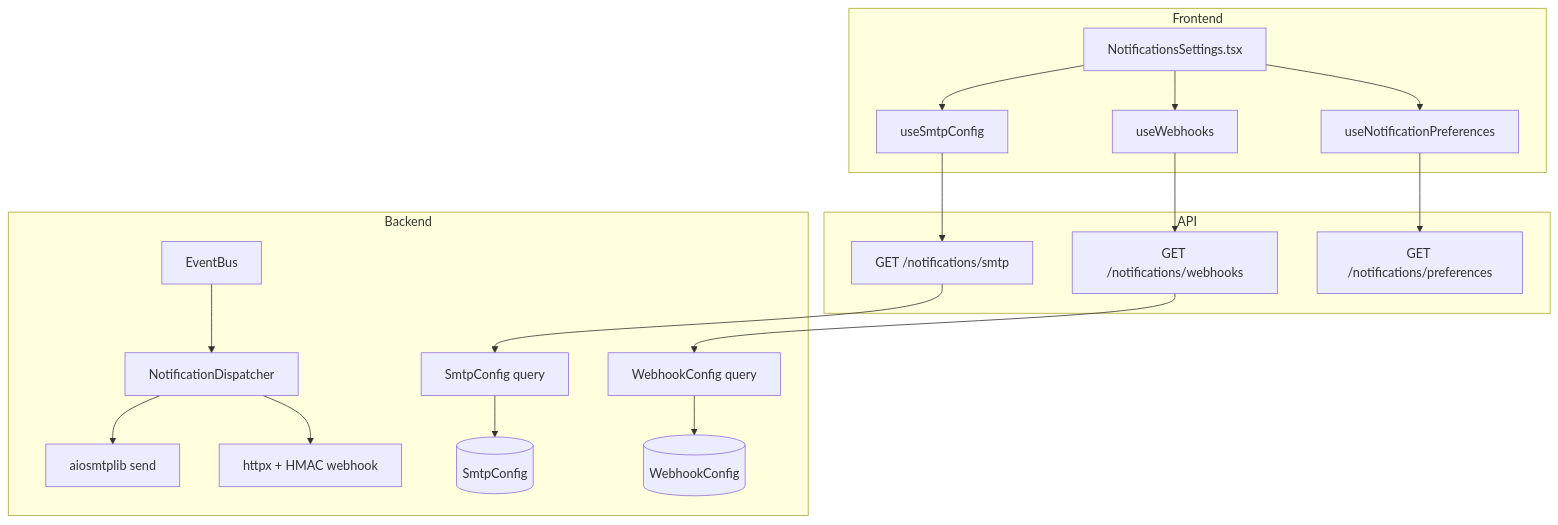
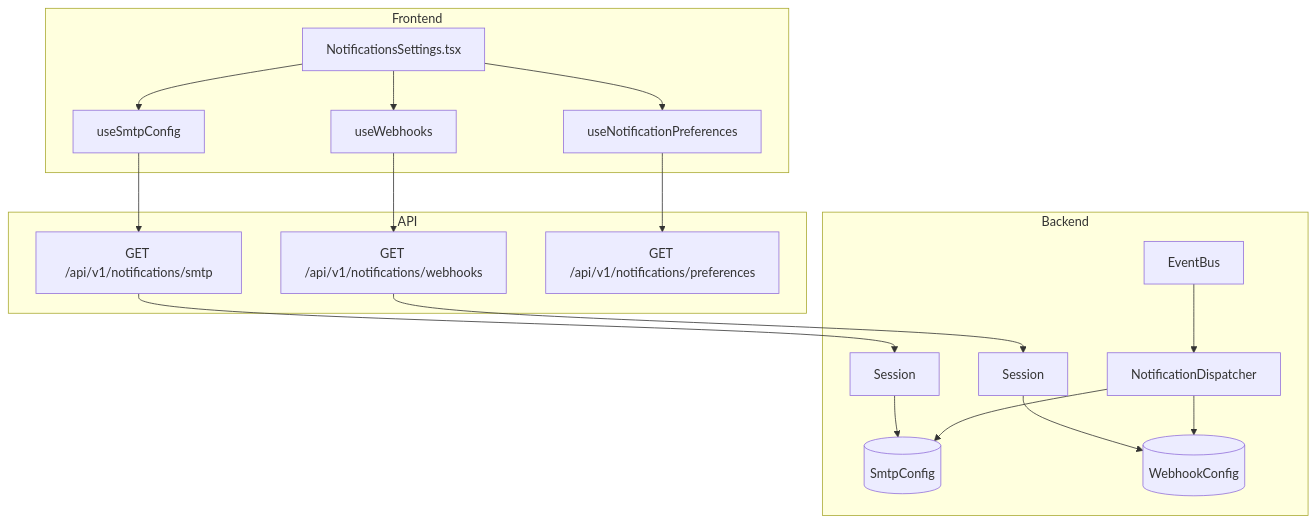
The first of 2 diagrams in .knowledge/features/notifications.md (saturnis-io/cassini), drawn with Mermaid before and after one commit. The commit also changed other lines of this file and 15 other files, not shown here.

Commit message:
knowledge-graph: regenerate

````diff
--- a/.knowledge/features/notifications.md
+++ b/.knowledge/features/notifications.md
@@ -5,22 +5,22 @@
 ```mermaid
 flowchart TD
     subgraph Frontend
         C1[NotificationsSettings.tsx] --> H1[useSmtpConfig]
         C1 --> H2[useWebhooks]
         C1 --> H3[useNotificationPreferences]
     end
     subgraph API
-        H1 --> E1["GET /notifications/smtp"]
-        H2 --> E2["GET /notifications/webhooks"]
-        H3 --> E3["GET /notifications/preferences"]
+        H1 --> E1[GET /api/v1/notifications/smtp]
+        H2 --> E2[GET /api/v1/notifications/webhooks]
+        H3 --> E3[GET /api/v1/notifications/preferences]
     end
     subgraph Backend
-        E1 --> R1[SmtpConfig query]
-        E2 --> R2[WebhookConfig query]
-        S1[EventBus] --> S2[NotificationDispatcher]
-        S2 --> S3[aiosmtplib send]
-        S2 --> S4[httpx + HMAC webhook]
+        E1 --> R1[Session]
         R1 --> M1[(SmtpConfig)]
+        E2 --> R2[Session]
         R2 --> M2[(WebhookConfig)]
+        S1[NotificationDispatcher] --> M1
+        S1 --> M2
+        S2[EventBus] --> S1
     end
 ```
````
